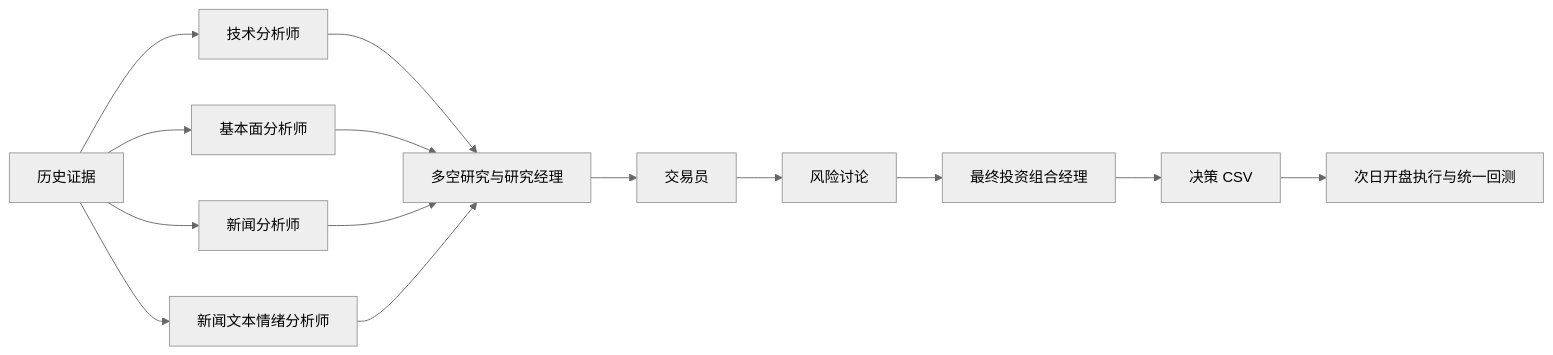
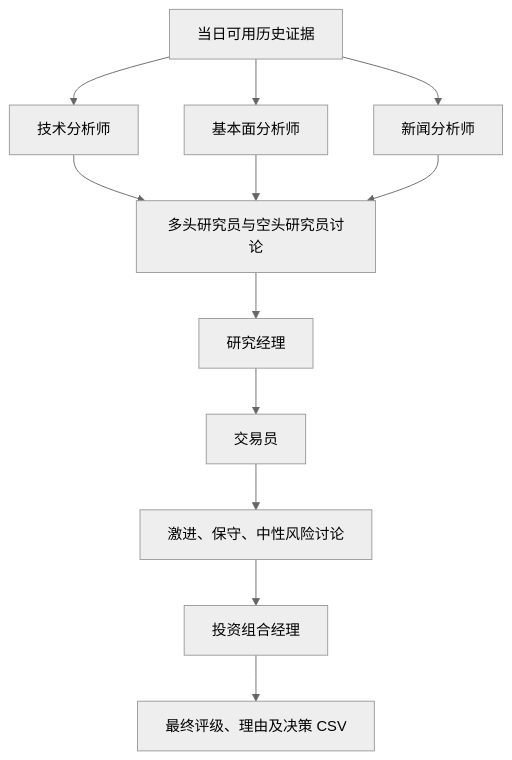
One commit to CatchMan1/TradingAgent-project changed the second of 3 diagrams in README.md. Above: the diagram before and after it, drawn with Mermaid (neutral theme). The commit also changed other lines of this file and 5 other files, not shown here.

````diff
--- a/README.md
+++ b/README.md
@@ -16,13 +71,12 @@
 ```mermaid
-flowchart LR
-    D[历史证据] --> T[技术分析师]
-    D --> F[基本面分析师]
-    D --> N[新闻分析师]
-    D --> S[新闻文本情绪分析师]
-    T & F & N & S --> R[多空研究与研究经理]
-    R --> TR[交易员]
-    TR --> RK[风险讨论]
-    RK --> M[最终投资组合经理]
-    M --> CSV[决策 CSV]
-    CSV --> B[次日开盘执行与统一回测]
+flowchart TD
+    E[当日可用历史证据] --> T[技术分析师]
+    E --> F[基本面分析师]
+    E --> N[新闻分析师]
+    T & F & N --> DB[多头研究员与空头研究员讨论]
+    DB --> RM[研究经理]
+    RM --> TR[交易员]
+    TR --> RK[激进、保守、中性风险讨论]
+    RK --> PM[投资组合经理]
+    PM --> OUT[最终评级、理由及决策 CSV]
 ```
````
